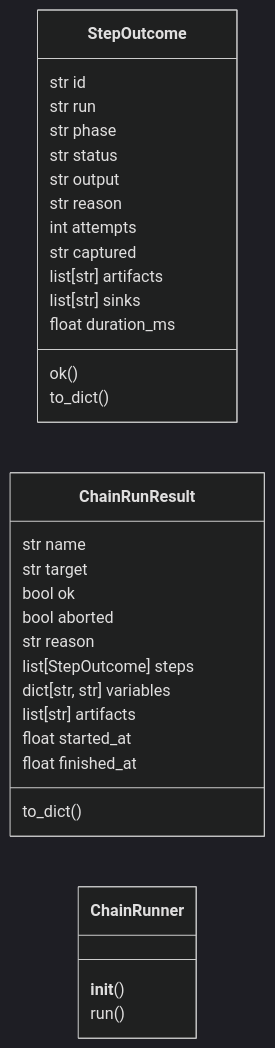
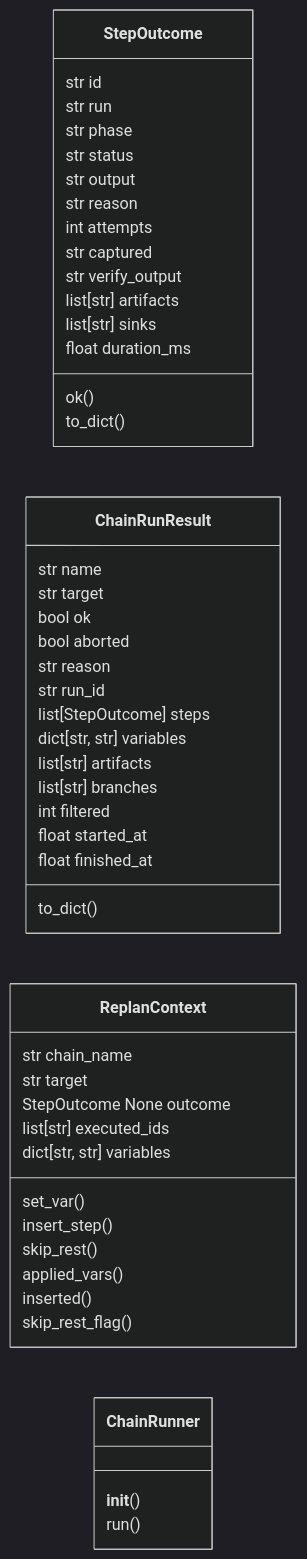
The first of 2 diagrams in readmenator-apidocs/modules/modules.chain_runner.py.md (grisuno/LazyOwn), drawn with Mermaid (dark theme) before and after one commit. The commit also changed other lines of this file and 422 other files, not shown here.

````diff
--- a/readmenator-apidocs/modules/modules.chain_runner.py.md
+++ b/readmenator-apidocs/modules/modules.chain_runner.py.md
@@ -21,33 +22,49 @@
 ```mermaid
 classDiagram
     direction LR
     class StepOutcome
     StepOutcome : str id
     StepOutcome : str run
     StepOutcome : str phase
     StepOutcome : str status
     StepOutcome : str output
     StepOutcome : str reason
     StepOutcome : int attempts
     StepOutcome : str captured
+    StepOutcome : str verify_output
     StepOutcome : list[str] artifacts
     StepOutcome : list[str] sinks
     StepOutcome : float duration_ms
     StepOutcome : ok()
     StepOutcome : to_dict()
     class ChainRunResult
     ChainRunResult : str name
     ChainRunResult : str target
     ChainRunResult : bool ok
     ChainRunResult : bool aborted
     ChainRunResult : str reason
+    ChainRunResult : str run_id
     ChainRunResult : list[StepOutcome] steps
     ChainRunResult : dict[str, str] variables
     ChainRunResult : list[str] artifacts
+    ChainRunResult : list[str] branches
+    ChainRunResult : int filtered
     ChainRunResult : float started_at
     ChainRunResult : float finished_at
     ChainRunResult : to_dict()
+    class ReplanContext
+    ReplanContext : str chain_name
+    ReplanContext : str target
+    ReplanContext : StepOutcome  None outcome
+    ReplanContext : list[str] executed_ids
+    ReplanContext : dict[str, str] variables
+    ReplanContext : set_var()
+    ReplanContext : insert_step()
+    ReplanContext : skip_rest()
+    ReplanContext : applied_vars()
+    ReplanContext : inserted()
+    ReplanContext : skip_rest_flag()
     class ChainRunner
     ChainRunner : __init__()
     ChainRunner : run()
 ```
````
